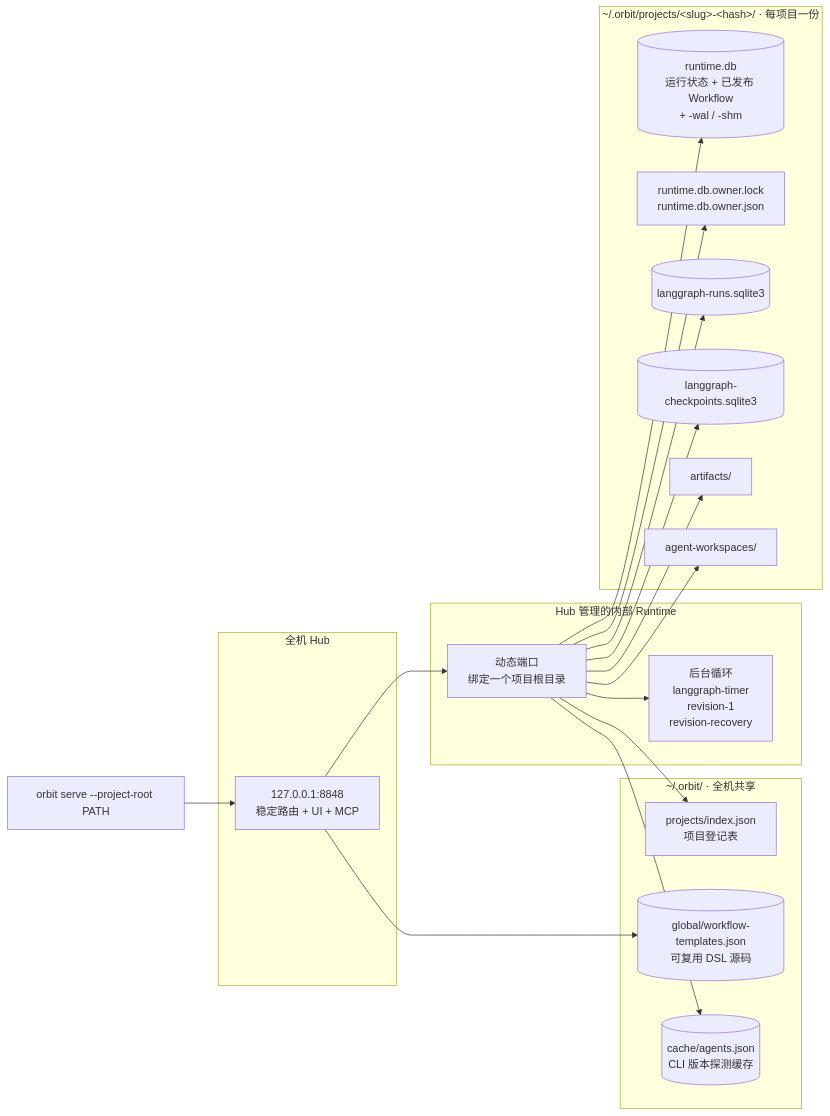
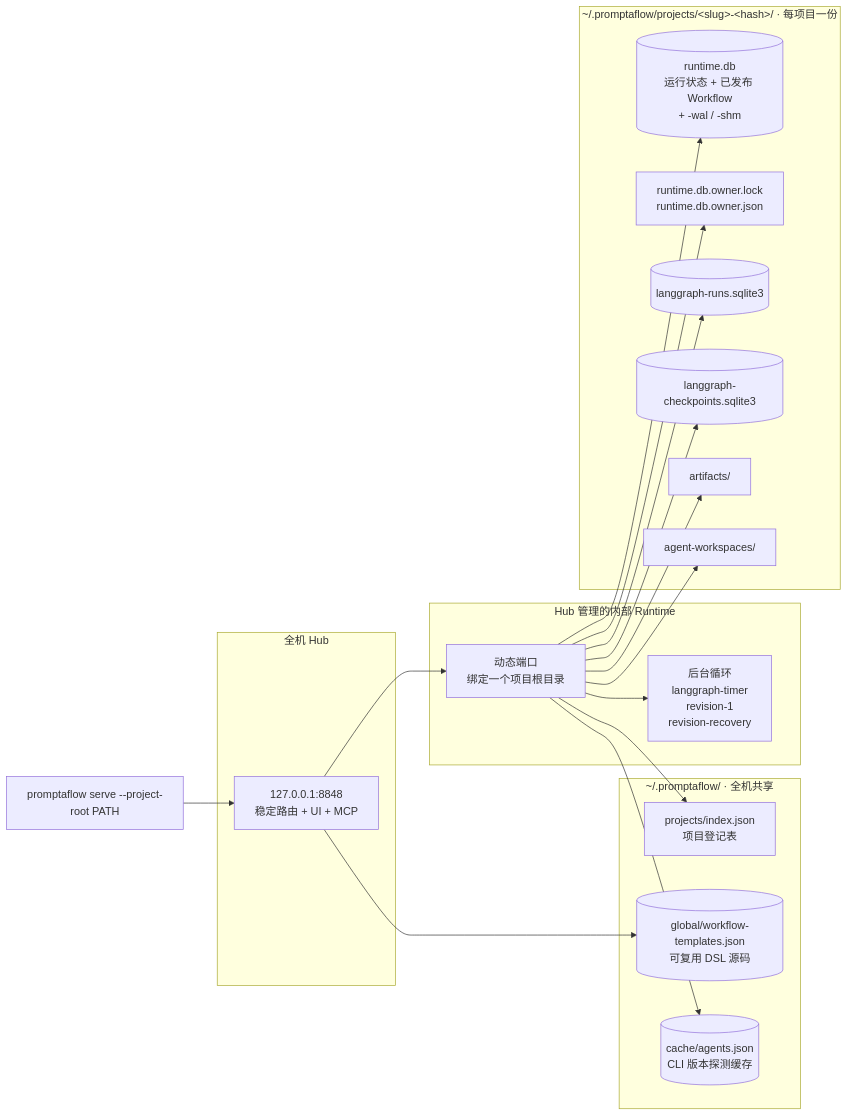
One commit to TNJ2026/orbit-runtime changed the second of 6 diagrams in docs/architecture.md. Above: the diagram before and after it, drawn with Mermaid. The commit also changed other lines of this file and 109 other files, not shown here.

````diff
--- a/docs/architecture.md
+++ b/docs/architecture.md
@@ -88,38 +88,38 @@
 ```mermaid
 flowchart LR
-    CLI["orbit serve --project-root PATH"] --> HUB
+    CLI["promptaflow serve --project-root PATH"] --> HUB
     subgraph proc["全机 Hub"]
         HUB["127.0.0.1:8848<br/>稳定路由 + UI + MCP"]
     end
     HUB --> CHILD
     subgraph runtime["Hub 管理的内部 Runtime"]
         CHILD["动态端口<br/>绑定一个项目根目录"]
         LOOPS["后台循环<br/>langgraph-timer<br/>revision-1<br/>revision-recovery"]
         CHILD --> LOOPS
     end
 
-    subgraph hostwide["~/.orbit/ · 全机共享"]
+    subgraph hostwide["~/.promptaflow/ · 全机共享"]
         IDX["projects/index.json<br/>项目登记表"]
         TEMPLATES[("global/workflow-templates.json<br/>可复用 DSL 源码")]
         CACHE[("cache/agents.json<br/>CLI 版本探测缓存")]
     end
 
-    subgraph perproj["~/.orbit/projects/&lt;slug&gt;-&lt;hash&gt;/ · 每项目一份"]
+    subgraph perproj["~/.promptaflow/projects/&lt;slug&gt;-&lt;hash&gt;/ · 每项目一份"]
         RDB[("runtime.db<br/>运行状态 + 已发布 Workflow<br/>+ -wal / -shm")]
         LOCK["runtime.db.owner.lock<br/>runtime.db.owner.json"]
         RUNS[("langgraph-runs.sqlite3")]
         CKPT[("langgraph-checkpoints.sqlite3")]
         ARTD["artifacts/"]
         WSD["agent-workspaces/"]
     end
 
     CHILD --> RDB
     CHILD --> RUNS
     CHILD --> CKPT
     CHILD --> ARTD
     CHILD --> WSD
     CHILD --> LOCK
     HUB --> TEMPLATES
     CHILD --> CACHE
     CHILD --> IDX
 ```
````
